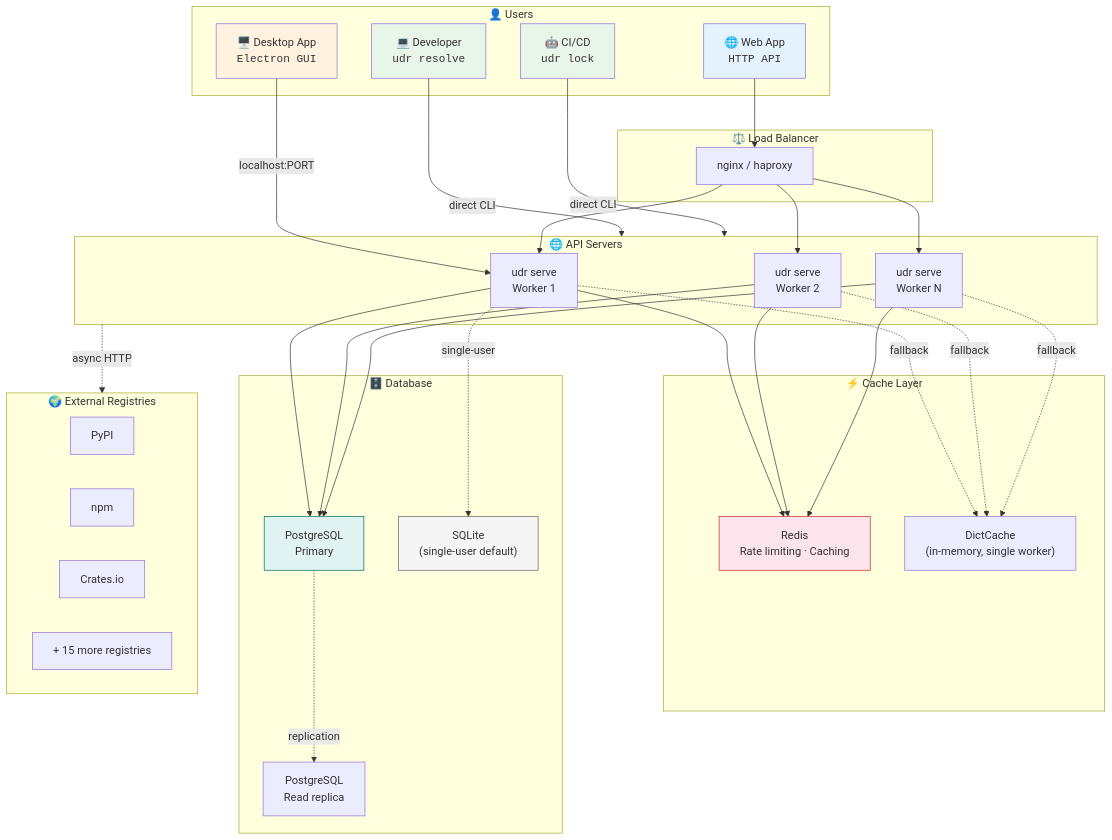
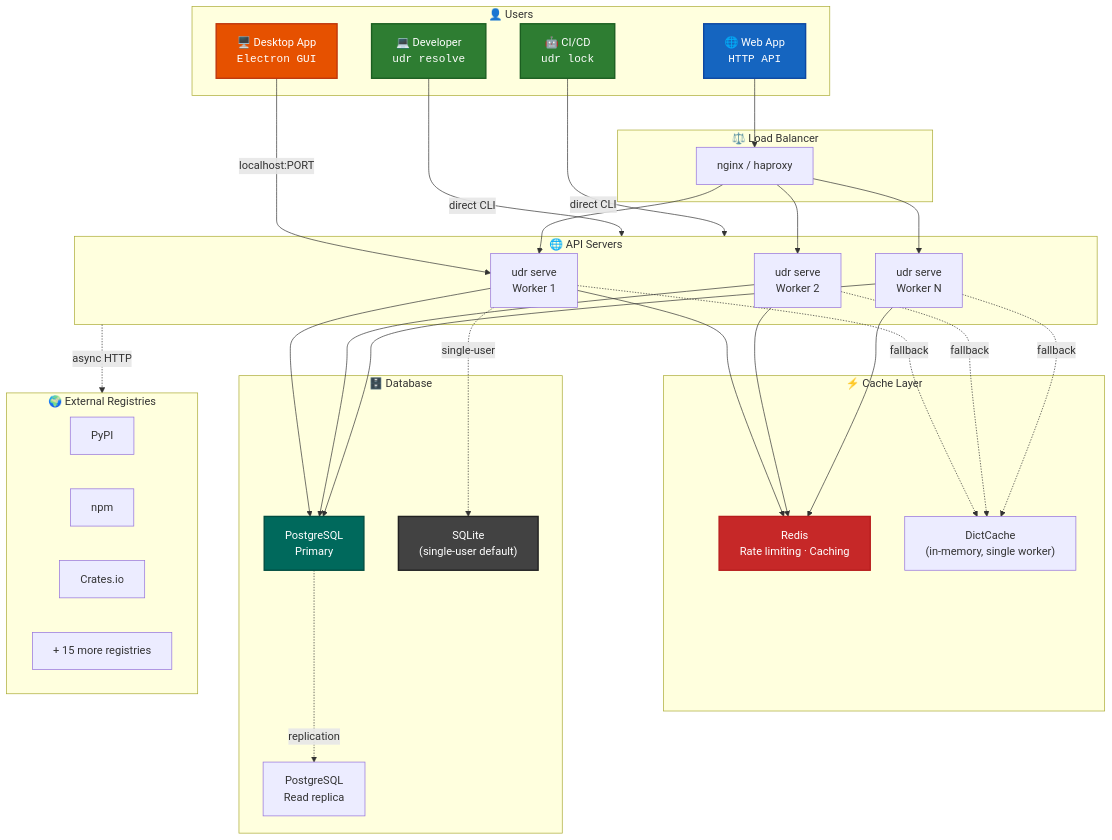
One commit to code-with-zeeshan/universal-dependency-resolver changed the diagram in docs/DEPLOYMENT.md. Above: the diagram before and after it, drawn with Mermaid. The commit also changed 5 other files, not shown here.

````diff
--- a/docs/DEPLOYMENT.md
+++ b/docs/DEPLOYMENT.md
@@ -5,65 +5,65 @@
 ```mermaid
 graph TB
     subgraph Users["👤 Users"]
         DEV["💻 Developer<br/><code>udr resolve</code>"]
         CI["🤖 CI/CD<br/><code>udr lock</code>"]
         APP["🌐 Web App<br/><code>HTTP API</code>"]
         DESKTOP["🖥️ Desktop App<br/><code>Electron GUI</code>"]
     end
 
     subgraph LB["⚖️ Load Balancer"]
         NGINX["nginx / haproxy"]
     end
 
     subgraph API["🌐 API Servers"]
         S1["udr serve<br/>Worker 1"]
         S2["udr serve<br/>Worker 2"]
         S3["udr serve<br/>Worker N"]
     end
 
     subgraph Cache["⚡ Cache Layer"]
         REDIS["Redis<br/>Rate limiting · Caching"]
         DICTCACHE["DictCache<br/>(in-memory, single worker)"]
     end
 
     subgraph DB["🗄️ Database"]
         PG["PostgreSQL<br/>Primary"]
         PG_REPLICA["PostgreSQL<br/>Read replica"]
         SQLITE["SQLite<br/>(single-user default)"]
     end
 
     subgraph External["🌍 External Registries"]
         PYPI_REG["PyPI"]
         NPM_REG["npm"]
         CRATES_REG["Crates.io"]
         MORE_REG["+ 15 more registries"]
     end
 
     DEV -->|"direct CLI"| API
     CI -->|"direct CLI"| API
     DESKTOP -->|"localhost:PORT"| S1
     APP --> NGINX
     NGINX --> S1
     NGINX --> S2
     NGINX --> S3
     S1 --> REDIS
     S2 --> REDIS
     S3 --> REDIS
     S1 --> PG
     S2 --> PG
     S3 --> PG
     PG -.->|"replication"| PG_REPLICA
     S1 -.->|"fallback"| DICTCACHE
     S2 -.->|"fallback"| DICTCACHE
     S3 -.->|"fallback"| DICTCACHE
     S1 -.->|"single-user"| SQLITE
     API -.->|"async HTTP"| External
 
-    style DEV fill:#e8f5e9
-    style CI fill:#e8f5e9
-    style APP fill:#e3f2fd
-    style DESKTOP fill:#fff3e0
-    style PG fill:#e0f2f1,stroke:#00695c
-    style REDIS fill:#fce4ec,stroke:#c62828
-    style SQLITE fill:#f5f5f5,stroke:#616161
+    style DEV fill:#2e7d32,color:#fff,stroke:#1b5e20,stroke-width:2px
+    style CI fill:#2e7d32,color:#fff,stroke:#1b5e20,stroke-width:2px
+    style APP fill:#1565c0,color:#fff,stroke:#0d47a1,stroke-width:2px
+    style DESKTOP fill:#e65100,color:#fff,stroke:#bf360c,stroke-width:2px
+    style PG fill:#00695c,color:#fff,stroke:#004d40,stroke-width:2px
+    style REDIS fill:#c62828,color:#fff,stroke:#b71c1c,stroke-width:2px
+    style SQLITE fill:#424242,color:#fff,stroke:#212121,stroke-width:2px
 ```
````
